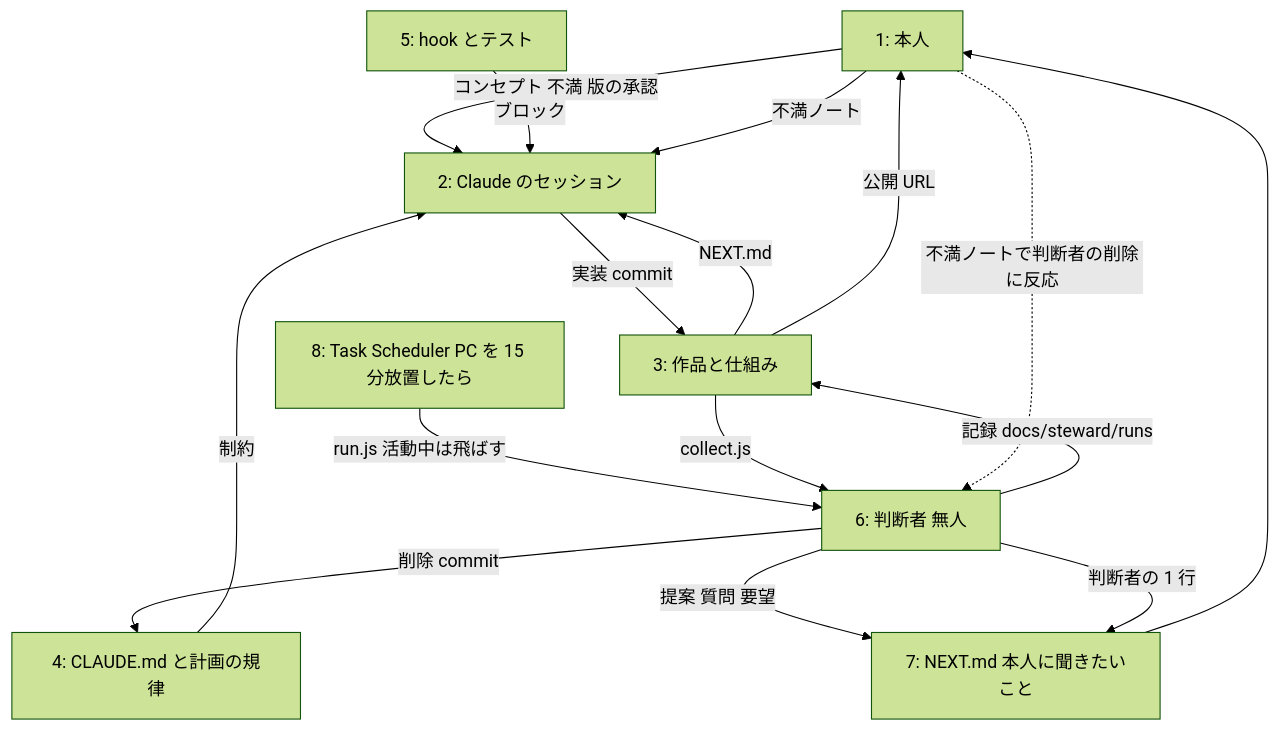
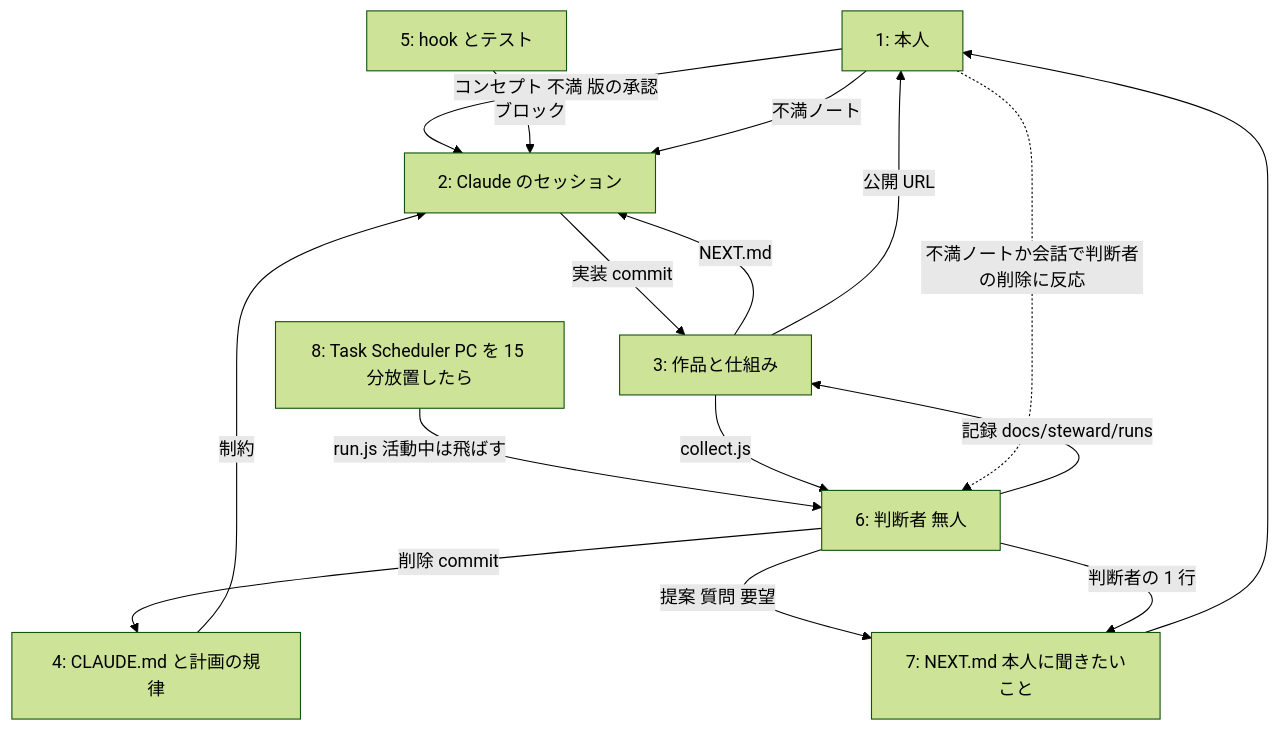
One commit to pokadokan-boop/music_action_lab changed the diagram in docs/steward/control-structure.md. Above: the diagram before and after it, drawn with Mermaid (forest theme). The commit also changed other lines of this file and 2 other files, not shown here.

````diff
--- a/docs/steward/control-structure.md
+++ b/docs/steward/control-structure.md
@@ -4,18 +4,18 @@
 ```mermaid
 graph TD
     H[1: 本人] -->|コンセプト 不満 版の承認| C[2: Claude のセッション]
     C -->|実装 commit| W[3: 作品と仕組み]
     K[4: CLAUDE.md と計画の規律] -->|制約| C
     G[5: hook とテスト] -->|ブロック| C
     W -->|NEXT.md| C
     W -->|公開 URL| H
     H -->|不満ノート| C
     S[8: Task Scheduler PC を 15 分放置したら] -->|run.js 活動中は飛ばす| J[6: 判断者 無人]
     J -->|削除 commit| K
     J -->|記録 docs/steward/runs| W
     J -->|提案 質問 要望| N[7: NEXT.md 本人に聞きたいこと]
     J -->|判断者の 1 行| N
     N --> H
     W -->|collect.js| J
-    H -.->|不満ノートで判断者の削除に反応| J
+    H -.->|不満ノートか会話で判断者の削除に反応| J
 ```
````
